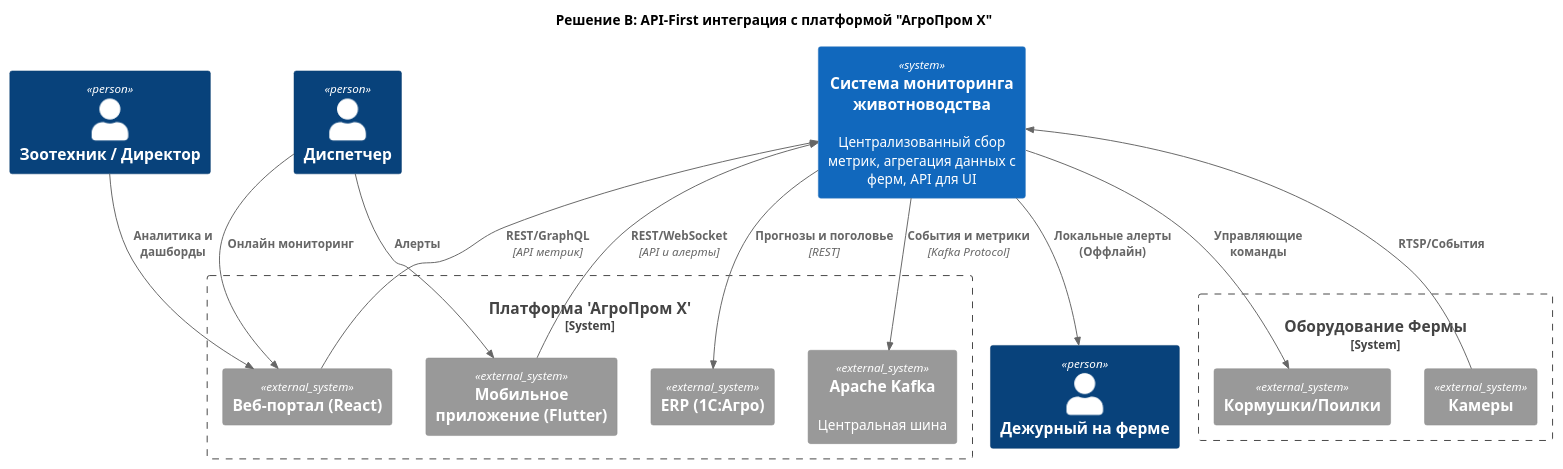
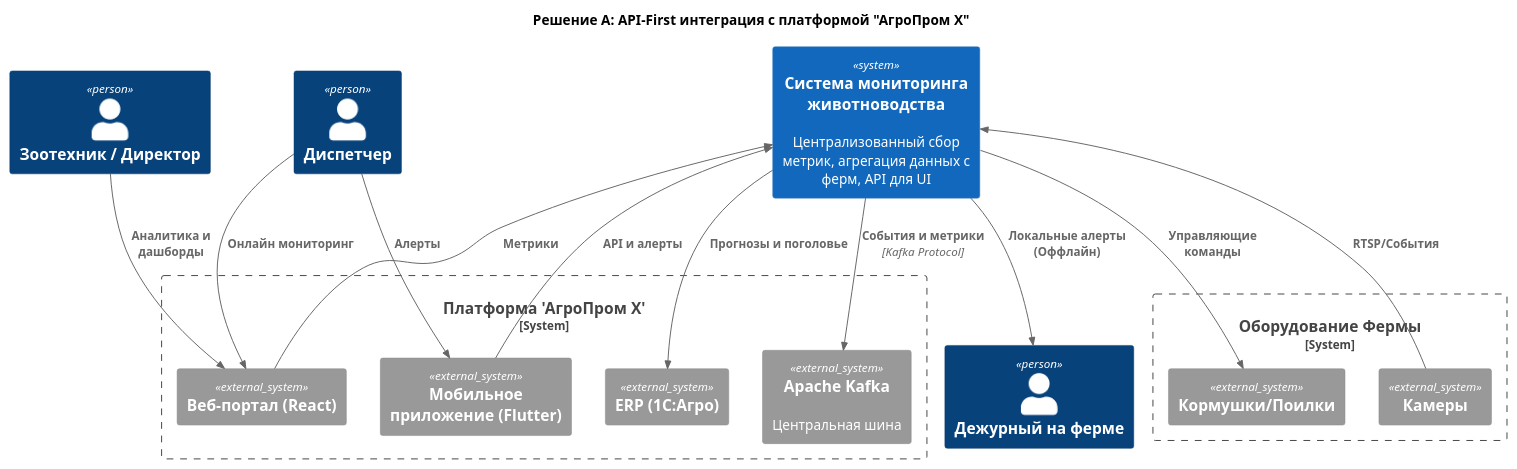
Before and after one commit to daelin44/MSA-AgroTech: the diagram in task1/context_alternative.puml, drawn with PlantUML.

Commit message:
change diagram to better display a high level overview

```diff
--- a/task1/context_alternative.puml
+++ b/task1/context_alternative.puml
@@ -1,36 +1,36 @@
 @startuml Архитектура_АгроТех_Решение_А
 
 !include https://raw.githubusercontent.com/RicardoNiepel/C4-PlantUML/master/C4_Component.puml
 
-title Решение B: API-First интеграция с платформой "АгроПром Х"
+title Решение А: API-First интеграция с платформой "АгроПром Х"
 
 Person(директор, "Зоотехник / Директор")
 Person(оператор, "Диспетчер")
 Person(дежурный, "Дежурный на ферме")
 
 System_Boundary(agro_platform, "Платформа 'АгроПром Х'") {
     System_Ext(веб_портал, "Веб-портал (React)")
     System_Ext(мобильное_приложение, "Мобильное приложение (Flutter)")
     System_Ext(kafka, "Apache Kafka", "Центральная шина")
     System_Ext(erp, "ERP (1С:Агро)")
 }
 
 System(livestock_system, "Система мониторинга животноводства", "Централизованный сбор метрик, агрегация данных с ферм, API для UI")
 
 System_Boundary(farm, "Оборудование Фермы") {
     System_Ext(cameras, "Камеры")
     System_Ext(feeders, "Кормушки/Поилки")
 }
 
 Rel(директор, веб_портал, "Аналитика и дашборды")
 Rel(оператор, веб_портал, "Онлайн мониторинг")
 Rel(оператор, мобильное_приложение, "Алерты")
-Rel(веб_портал, livestock_system, "REST/GraphQL", "API метрик")
-Rel(мобильное_приложение, livestock_system, "REST/WebSocket", "API и алерты")
+Rel(веб_портал, livestock_system, "Метрики")
+Rel(мобильное_приложение, livestock_system, "API и алерты")
 Rel(cameras, livestock_system, "RTSP/События")
 Rel(livestock_system, feeders, "Управляющие команды")
 Rel(livestock_system, дежурный, "Локальные алерты (Оффлайн)")
 Rel(livestock_system, kafka, "События и метрики", "Kafka Protocol")
-Rel(livestock_system, erp, "Прогнозы и поголовье", "REST")
+Rel(livestock_system, erp, "Прогнозы и поголовье")
 
 @enduml
```
